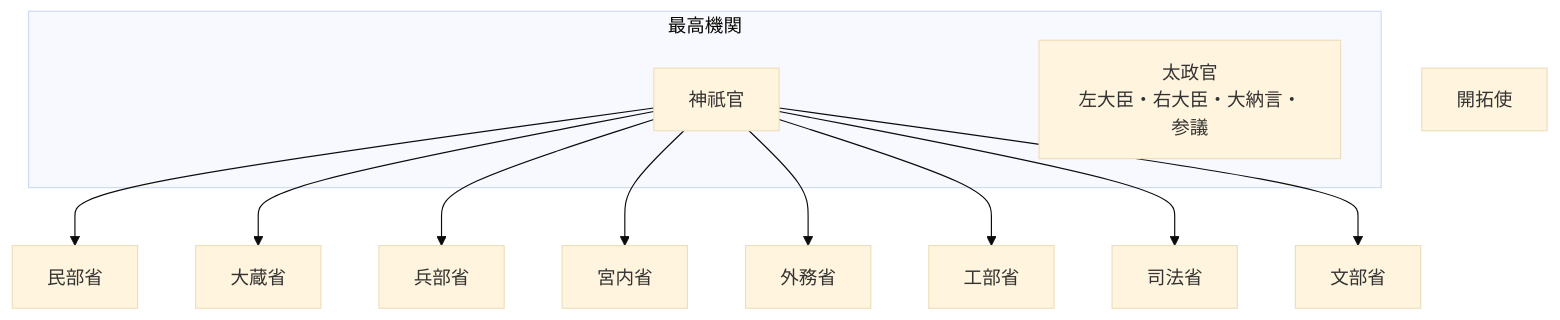
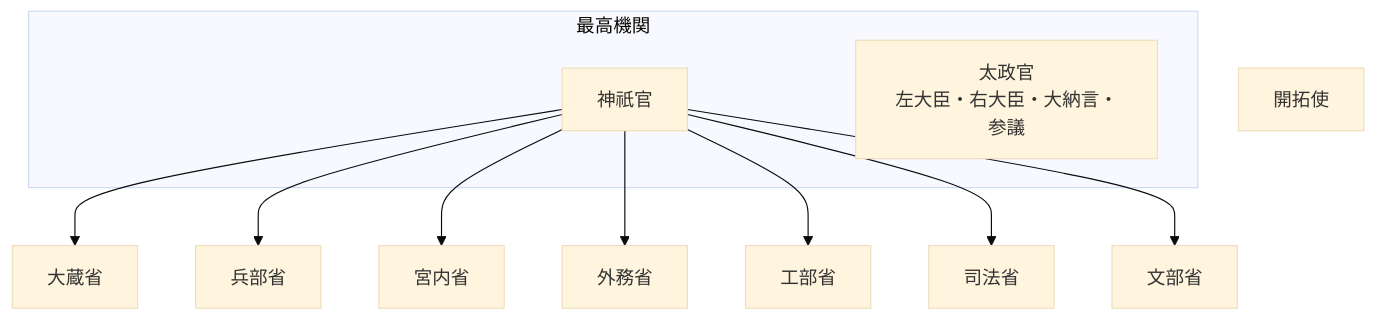
The diagram in README.md (tatemaru/jp-admin-org-chart), drawn with Mermaid (base theme) before and after one commit. The commit also changed other lines of this file, not shown here.

First line of the commit message:
feat(民部省): 民部省を廃止

````diff
--- a/README.md
+++ b/README.md
@@ -9,25 +9,23 @@
 ```mermaid
 flowchart TB
   subgraph top["最高機関"]
     JingiKan["神祇官"]
     Dajokan["太政官
 左大臣・右大臣・大納言・参議"]
   end
-  Minbu["民部省"]
-  JingiKan --> Minbu
   Okura["大蔵省"]
   JingiKan --> Okura
   Hyobu["兵部省"]
   JingiKan --> Hyobu
   Kunai["宮内省"]
   JingiKan --> Kunai
   Gaimu["外務省"]
   JingiKan --> Gaimu
   Kobu["工部省"]
   JingiKan --> Kobu
   Shiho["司法省"]
   JingiKan --> Shiho
   Mombu["文部省"]
   JingiKan --> Mombu
   Kaitaku["開拓使"]
 ```
````
